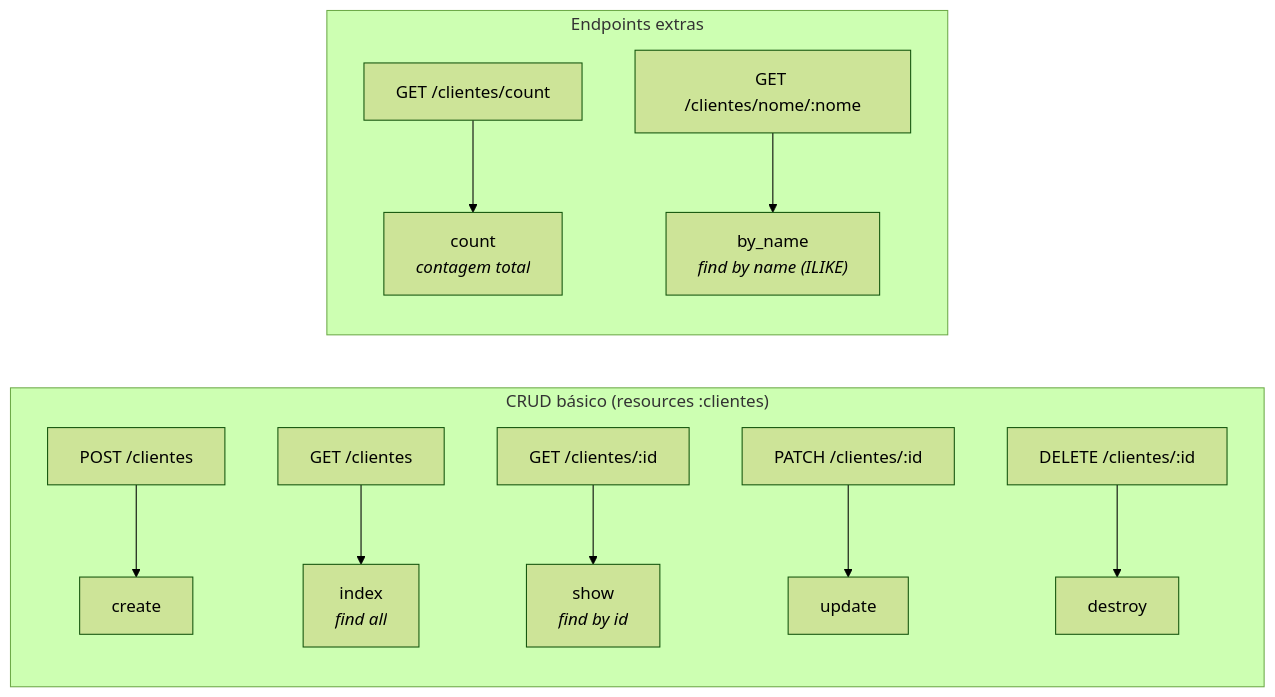
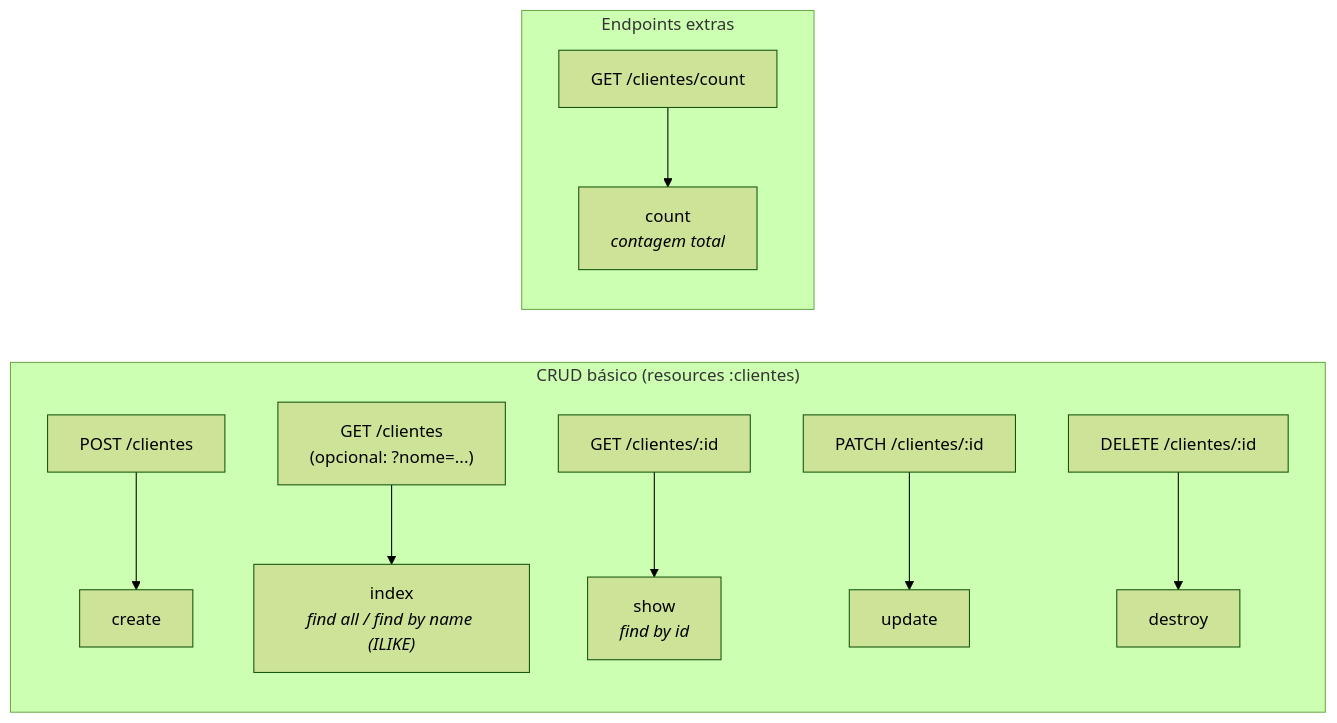
One commit to ThiagoAlves15/DESF5-2026-3A-ThiagoAlves changed the third of 4 diagrams in diagrama.md. Above: the diagram before and after it, drawn with Mermaid (forest theme). The commit also changed other lines of this file and 13 other files, not shown here.

````diff
--- a/diagrama.md
+++ b/diagrama.md
@@ -60,14 +60,13 @@
 ```mermaid
 graph LR
     subgraph CRUD["CRUD básico (resources :clientes)"]
         e1["POST /clientes"] --> a1["create"]
-        e2["GET /clientes"] --> a2["index<br/><i>find all</i>"]
+        e2["GET /clientes<br/>(opcional: ?nome=...)"] --> a2["index<br/><i>find all / find by name (ILIKE)</i>"]
         e3["GET /clientes/:id"] --> a3["show<br/><i>find by id</i>"]
         e4["PATCH /clientes/:id"] --> a4["update"]
         e5["DELETE /clientes/:id"] --> a5["destroy"]
     end
     subgraph Extras["Endpoints extras"]
         e6["GET /clientes/count"] --> a6["count<br/><i>contagem total</i>"]
-        e7["GET /clientes/nome/:nome"] --> a7["by_name<br/><i>find by name (ILIKE)</i>"]
     end
 ```
````
